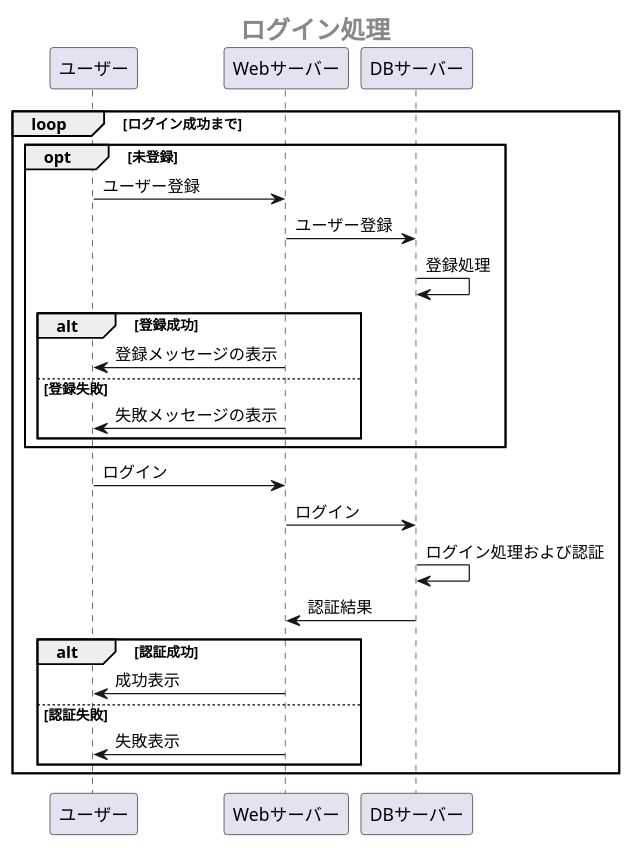
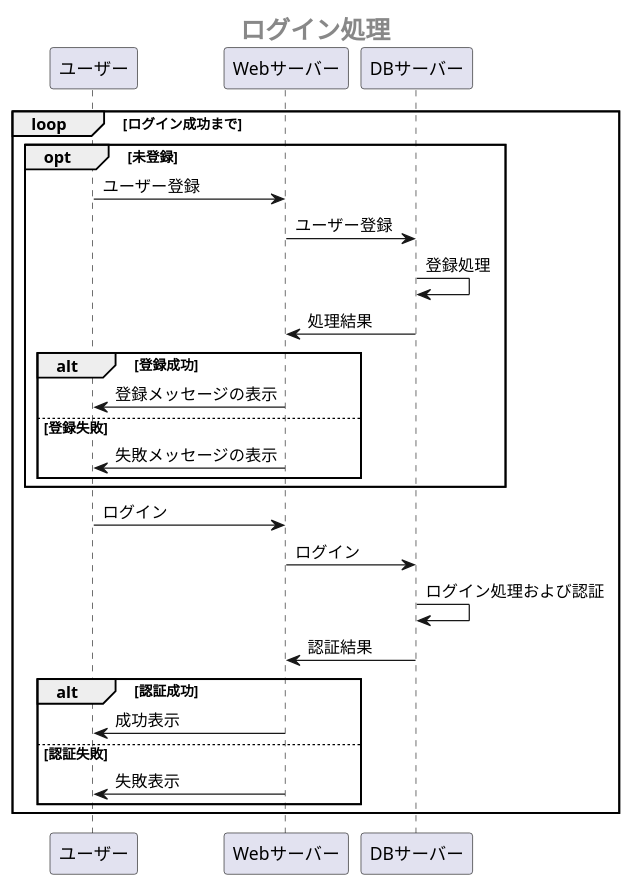
The second of 4 diagrams in sample/OperationFrow.md (Aso2001385/2021sys-design), drawn with PlantUML before and after one commit.

````diff
--- a/sample/OperationFrow.md
+++ b/sample/OperationFrow.md
@@ -44,30 +44,31 @@
 ```uml
 @startuml
  center header <size:20><b>ログイン処理</b></size>
  loop ログイン成功まで
   opt 未登録
    ユーザー -> Webサーバー:ユーザー登録
    Webサーバー -> DBサーバー:ユーザー登録
    DBサーバー -> DBサーバー:登録処理
+   DBサーバー -> Webサーバー:処理結果
 
    alt 登録成功
      Webサーバー ->ユーザー:登録メッセージの表示
    else 登録失敗
      Webサーバー ->ユーザー:失敗メッセージの表示
    end
   end
 
   ユーザー -> Webサーバー:ログイン
   Webサーバー -> DBサーバー:ログイン
   DBサーバー -> DBサーバー:ログイン処理および認証
   DBサーバー -> Webサーバー:認証結果
   
   alt 認証成功
    Webサーバー ->ユーザー:成功表示
   else 認証失敗
    Webサーバー ->ユーザー:失敗表示
   end
  end
   
 @enduml
 ```
````
